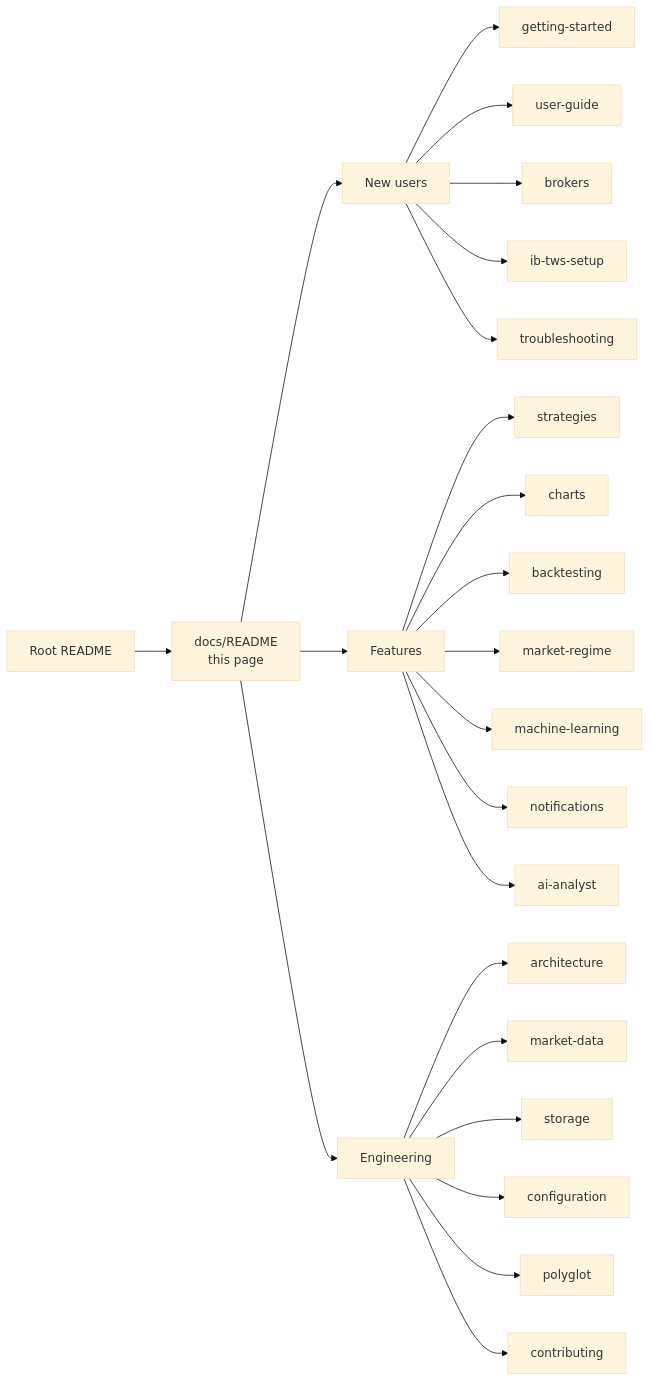
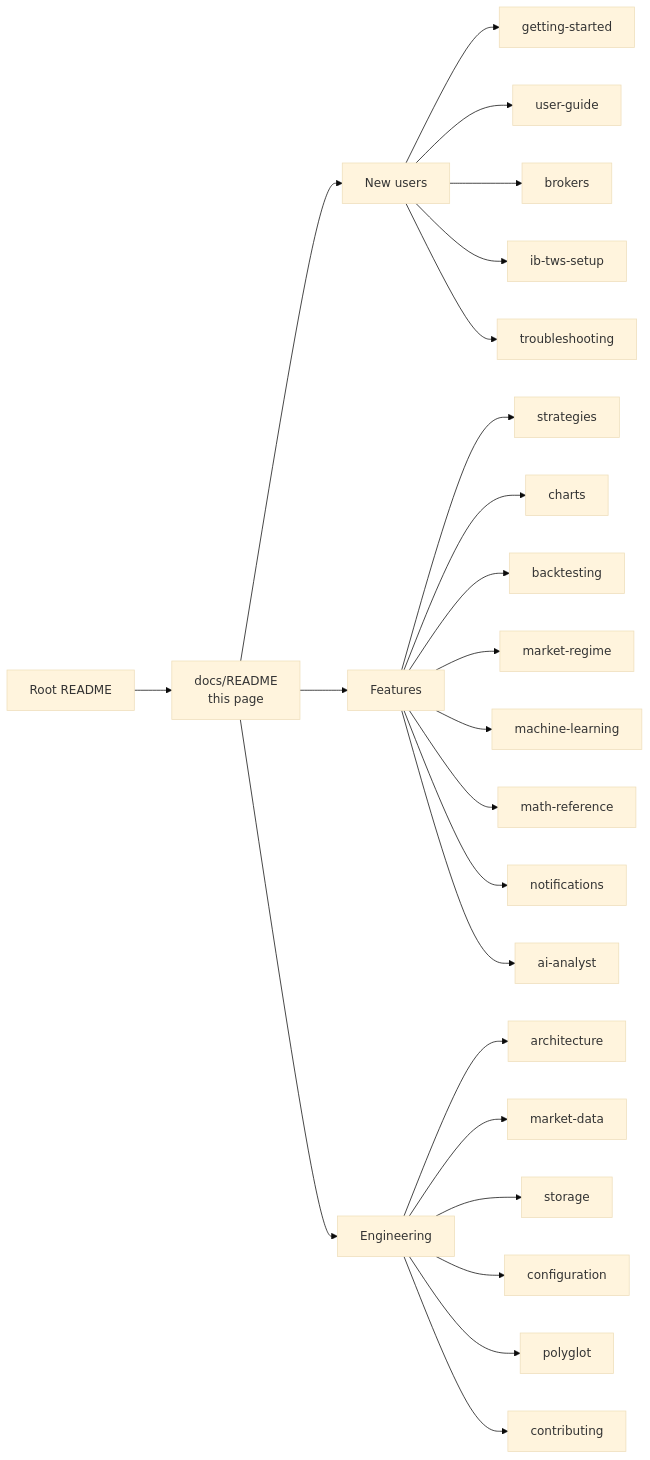
The diagram in docs/README.md (dhruuvsharma/DaxAlgo-Terminal), drawn with Mermaid (base theme) before and after one commit. The commit also changed other lines of this file and 25 other files, not shown here.

````diff
--- a/docs/README.md
+++ b/docs/README.md
@@ -9,28 +9,29 @@
 ```mermaid
 flowchart LR
     Root[Root README] --> Index[docs/README<br/>this page]
     Index --> New[New users]
     Index --> Feat[Features]
     Index --> Eng[Engineering]
 
     New --> GS[getting-started]
     New --> UG[user-guide]
     New --> BRK[brokers]
     New --> IBTWS[ib-tws-setup]
     New --> TS[troubleshooting]
 
     Feat --> STR[strategies]
     Feat --> CH[charts]
     Feat --> BT[backtesting]
     Feat --> MR[market-regime]
     Feat --> MLD[machine-learning]
+    Feat --> MATH[math-reference]
     Feat --> NOT[notifications]
     Feat --> AID[ai-analyst]
 
     Eng --> ARCH[architecture]
     Eng --> MD[market-data]
     Eng --> ST[storage]
     Eng --> CFG[configuration]
     Eng --> POLY[polyglot]
     Eng --> CONTRIB[contributing]
 ```
````
